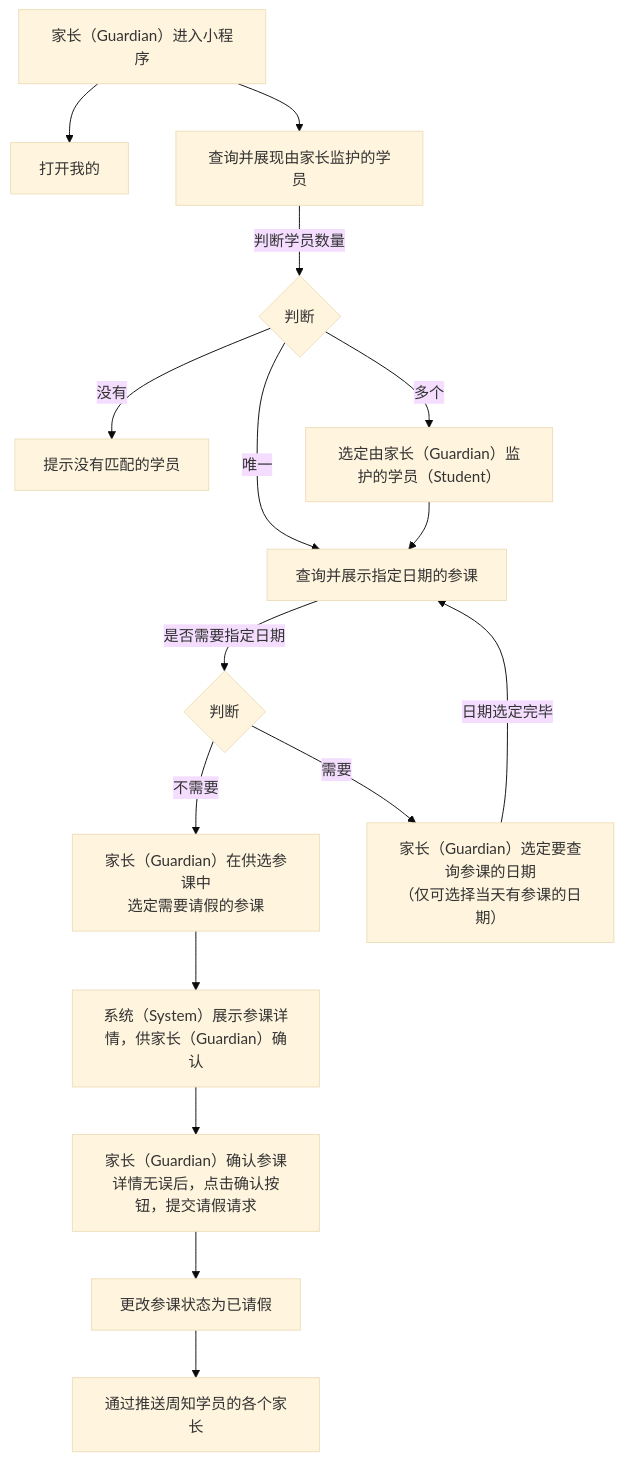
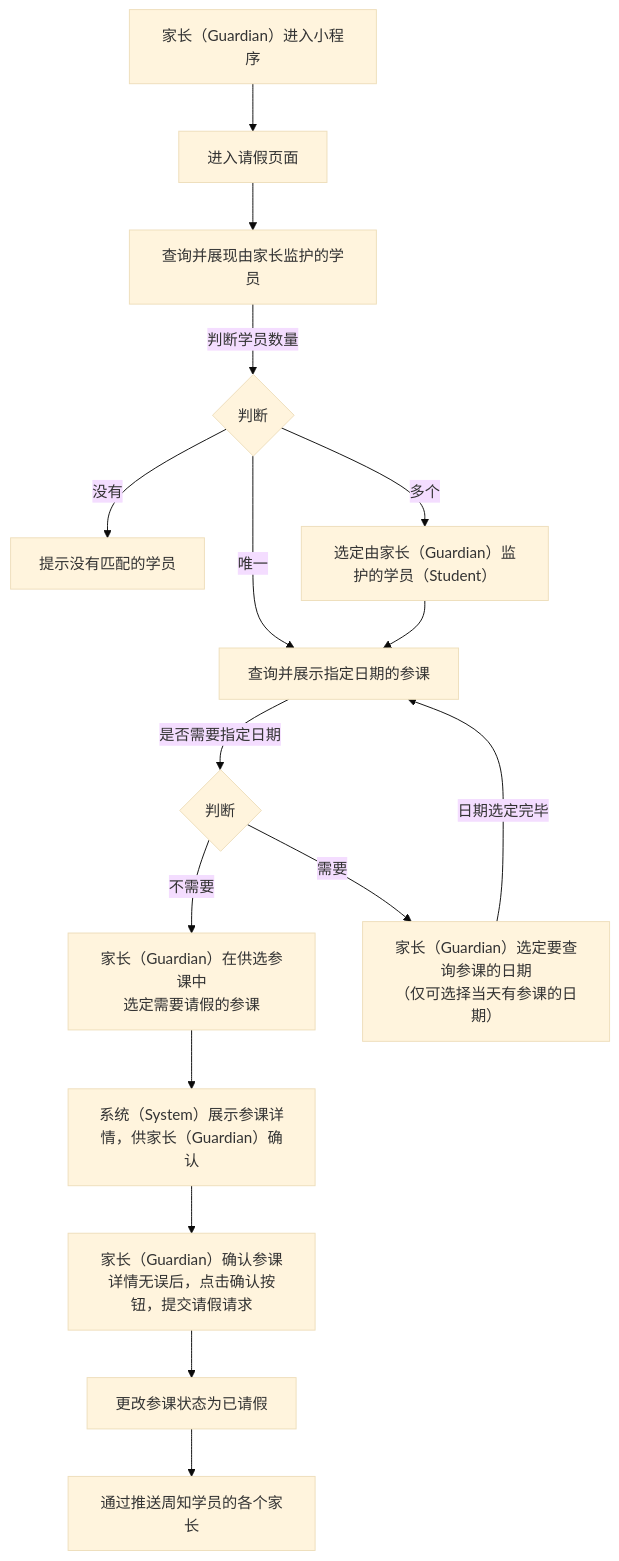
Before and after one commit to world-wide-web/sign: the first of 2 diagrams in 用例/请假.md, drawn with Mermaid (base theme). The commit also changed other lines of this file, not shown here.

````diff
--- a/用例/请假.md
+++ b/用例/请假.md
@@ -7,50 +7,50 @@
 ```mermaid
 graph TD
 
-进入小程序-->打开我的
+进入小程序-->进入请假页面
 
-进入小程序-->查询并展现由家长监护的学员
+进入请假页面-->查询并展现由家长监护的学员
 
 查询并展现由家长监护的学员--判断学员数量-->判断学员数量
 
 判断学员数量--没有-->提示没有匹配的学员
 
 判断学员数量--唯一-->查询并展示指定日期的参课
 
 判断学员数量--多个-->选定学员
 
 选定学员-->查询并展示指定日期的参课
 
 查询并展示指定日期的参课--是否需要指定日期-->决定是否需要指定日期
 
 决定是否需要指定日期--不需要-->选定参课
 
 决定是否需要指定日期--需要-->选定日期
 
 选定日期--日期选定完毕-->查询并展示指定日期的参课
 
 选定参课-->展示参课详情
 
 展示参课详情-->提交请假请求
 
 提交请假请求-->更改参课状态为已请假
 
 更改参课状态为已请假-->通过推送周知学员的各个家长
 
 进入小程序["<center>家长（Guardian）进入小程序</center>"]
 
 判断学员数量{"<center>判断</center>"}
 
 选定学员["<center>选定由家长（Guardian）监护的学员（Student）</center>"]
 
 决定是否需要指定日期{"<center>判断</center>"}
 
 选定日期["<center>家长（Guardian）选定要查询参课的日期<br>（仅可选择当天有参课的日期）</center>"]
 
 选定参课["<center>家长（Guardian）在供选参课中<br>选定需要请假的参课</center>"]
 
 展示参课详情["<center>系统（System）展示参课详情，供家长（Guardian）确认</center>"]
 
 提交请假请求["<center>家长（Guardian）确认参课详情无误后，点击确认按钮，提交请假请求</center>"]
 
 ```
````
